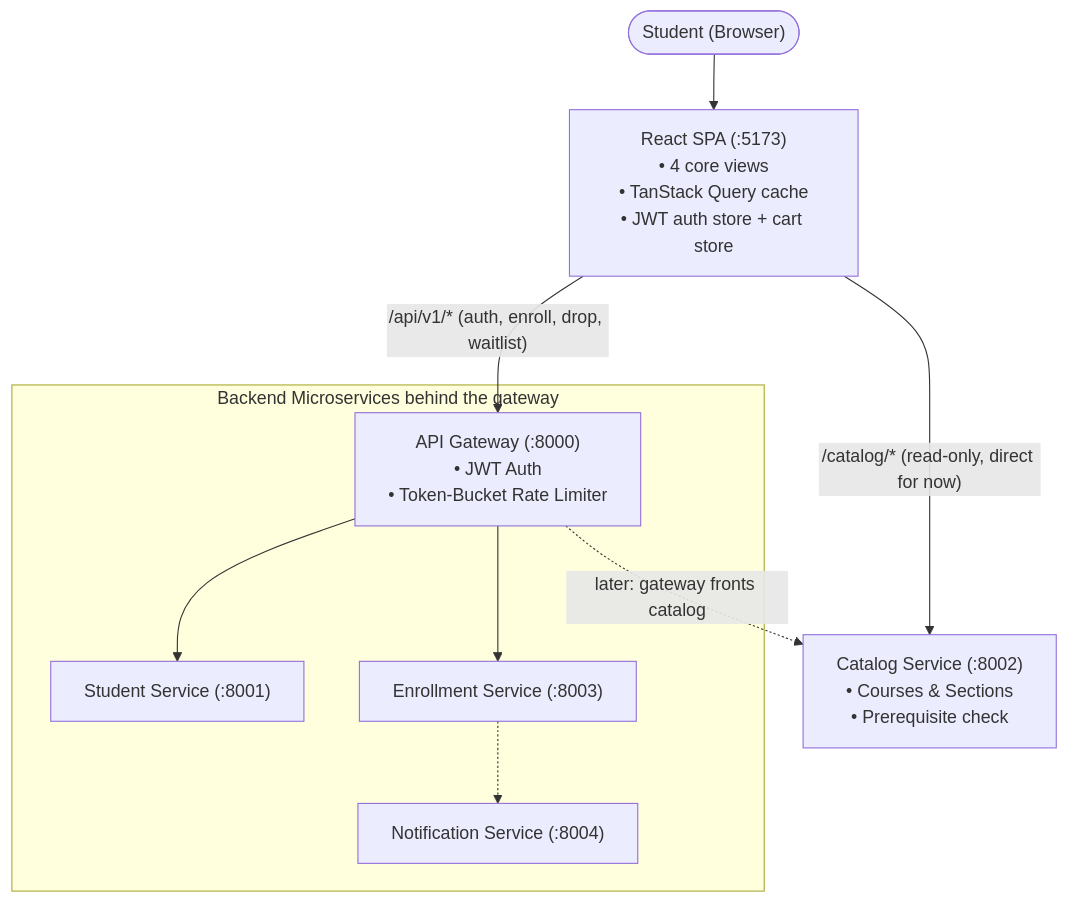
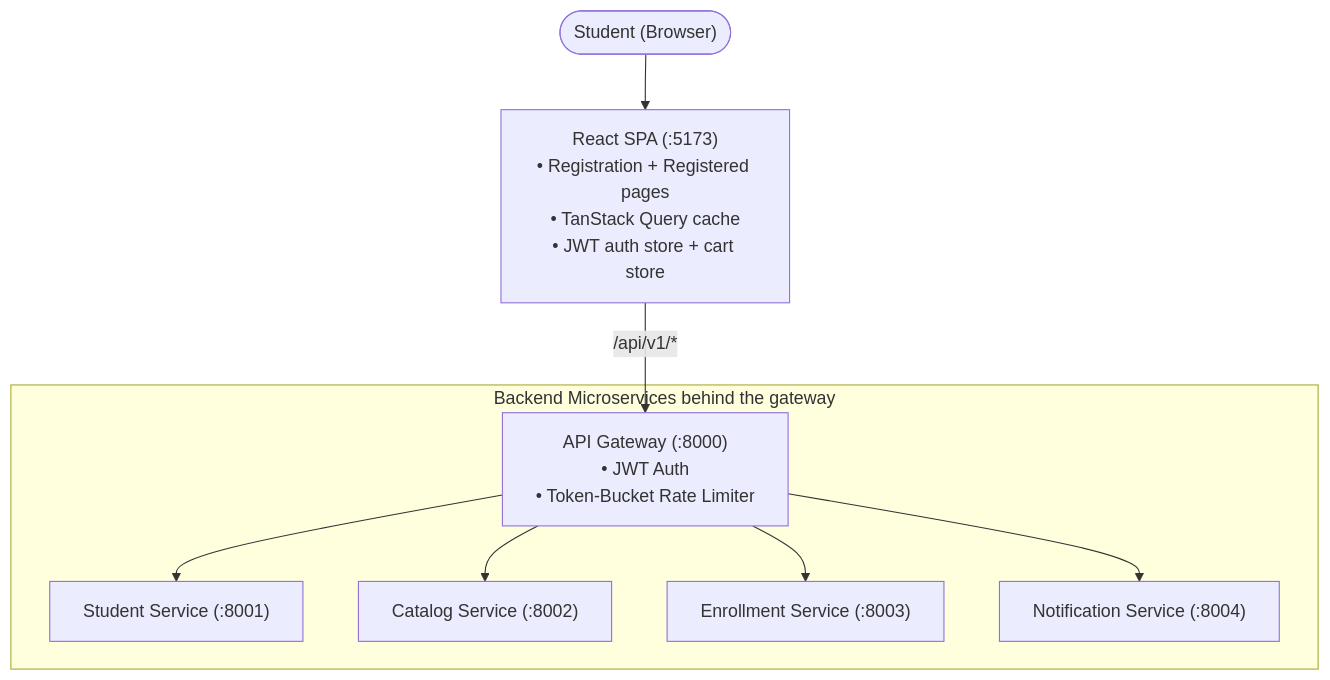
Before and after one commit to F3ll4s/course_registration_microservice_Frontend: the diagram in README.md, drawn with Mermaid. The commit also changed other lines of this file and 34 other files, not shown here.

````diff
--- a/README.md
+++ b/README.md
@@ -20,13 +17,12 @@
 ```mermaid
 flowchart TD
-    User(["Student (Browser)"]) --> SPA["React SPA (:5173)<br/>• 4 core views<br/>• TanStack Query cache<br/>• JWT auth store + cart store"]
-    SPA -->|"/api/v1/* (auth, enroll, drop, waitlist)"| GW["API Gateway (:8000)<br/>• JWT Auth<br/>• Token-Bucket Rate Limiter"]
-    SPA -->|"/catalog/* (read-only, direct for now)"| S2["Catalog Service (:8002)<br/>• Courses & Sections<br/>• Prerequisite check"]
-    GW -.->|"later: gateway fronts catalog"| S2
+    User(["Student (Browser)"]) --> SPA["React SPA (:5173)<br/>• Registration + Registered pages<br/>• TanStack Query cache<br/>• JWT auth store + cart store"]
+    SPA -->|"/api/v1/*"| GW["API Gateway (:8000)<br/>• JWT Auth<br/>• Token-Bucket Rate Limiter"]
 
     subgraph "Backend Microservices behind the gateway"
         GW --> S1["Student Service (:8001)"]
+        GW --> S2["Catalog Service (:8002)"]
         GW --> S3["Enrollment Service (:8003)"]
-        S3 -.-> S4["Notification Service (:8004)"]
+        GW --> S4["Notification Service (:8004)"]
     end
 ```
````
